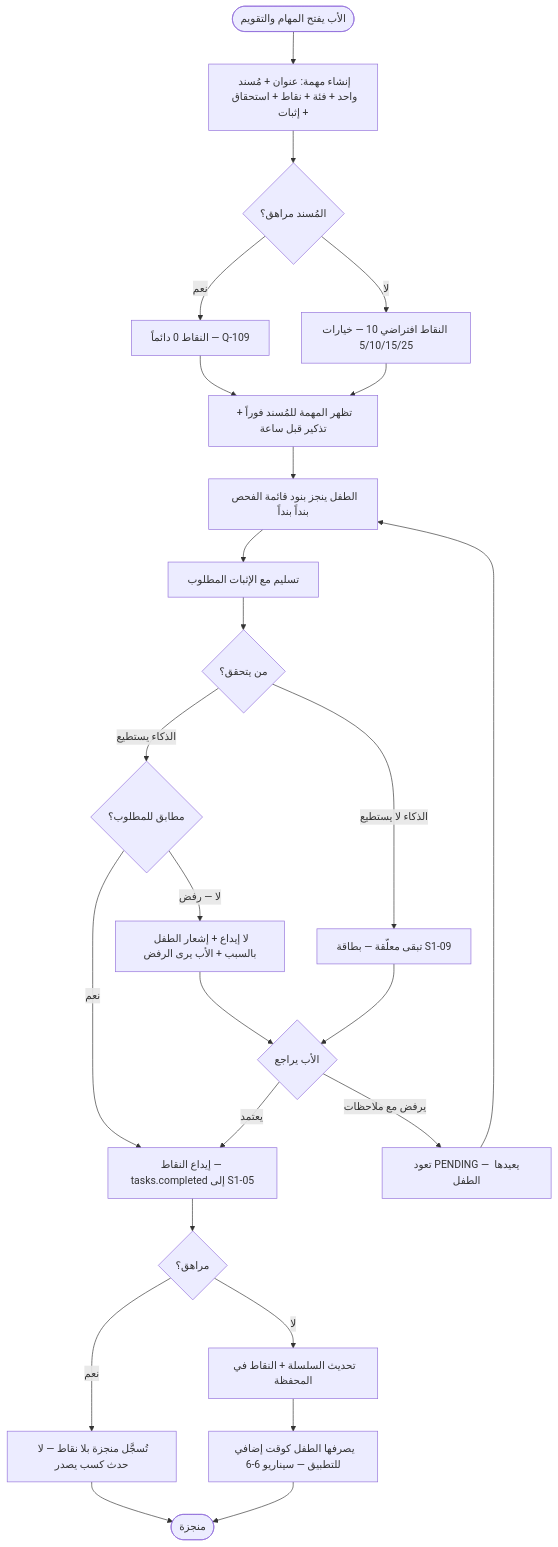
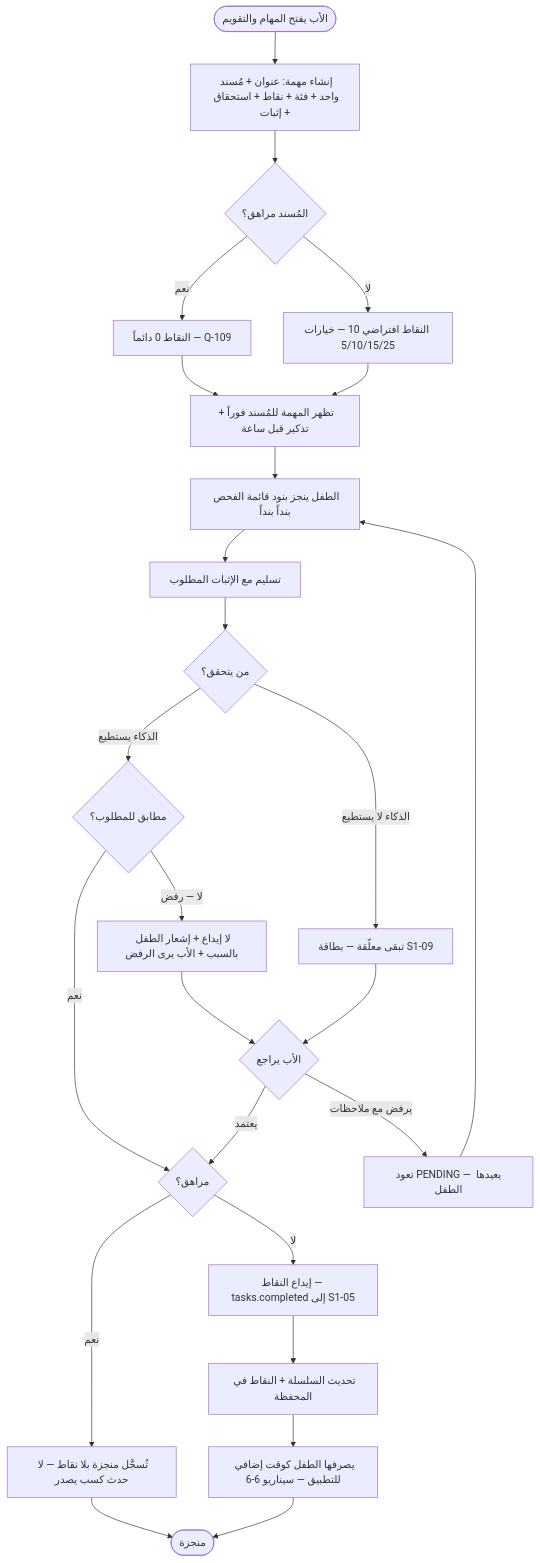
One commit to Bassam-mohammed-alqaeadi/family-os-v2 changed the ninth of 11 diagrams in docs/family-os/governance/phases/phase-1/S1-06-tasks-and-calendar/DIAGRAMS.md. Above: the diagram before and after it, drawn with Mermaid. The commit also changed other lines of this file and 11 other files, not shown here.

````diff
--- a/docs/family-os/governance/phases/phase-1/S1-06-tasks-and-calendar/DIAGRAMS.md
+++ b/docs/family-os/governance/phases/phase-1/S1-06-tasks-and-calendar/DIAGRAMS.md
@@ -312,27 +312,27 @@
 ```mermaid
 flowchart TD
     Start([الأب يفتح المهام والتقويم]) --> Create[إنشاء مهمة: عنوان + مُسند واحد + فئة + نقاط + استحقاق + إثبات]
     Create --> TeenQ{المُسند مراهق؟}
     TeenQ -->|نعم| Zero[النقاط 0 دائماً — Q-109]
     TeenQ -->|لا| Points[النقاط افتراضي 10 — خيارات 5/10/15/25]
     Zero --> Show[تظهر المهمة للمُسند فوراً + تذكير قبل ساعة]
     Points --> Show
     Show --> Do[الطفل ينجز بنود قائمة الفحص بنداً بنداً]
     Do --> Submit[تسليم مع الإثبات المطلوب]
     Submit --> Who{من يتحقق؟}
     Who -->|الذكاء يستطيع| AIOK{مطابق للمطلوب؟}
-    AIOK -->|نعم| Deposit[إيداع النقاط — tasks.completed إلى S1-05]
+    AIOK -->|نعم| TeenCheck{مراهق؟}
     AIOK -->|لا — رفض| Notify[لا إيداع + إشعار الطفل بالسبب + الأب يرى الرفض]
     Who -->|الذكاء لا يستطيع| Pending[تبقى معلّقة — بطاقة S1-09]
     Pending --> FatherRev{الأب يراجع}
-    FatherRev -->|يعتمد| Deposit
+    FatherRev -->|يعتمد| TeenCheck
     FatherRev -->|يرفض مع ملاحظات| Back[تعود PENDING — يعيدها الطفل]
     Back --> Do
     Notify --> FatherRev
-    Deposit --> TeenCheck{مراهق؟}
     TeenCheck -->|نعم| NoEvent[تُسجَّل منجزة بلا نقاط — لا حدث كسب يصدر]
-    TeenCheck -->|لا| Streak[تحديث السلسلة + النقاط في المحفظة]
+    TeenCheck -->|لا| Deposit[إيداع النقاط — tasks.completed إلى S1-05]
+    Deposit --> Streak[تحديث السلسلة + النقاط في المحفظة]
     Streak --> Spend[يصرفها الطفل كوقت إضافي للتطبيق — سيناريو 6-6]
     NoEvent --> End([منجزة])
     Spend --> End
 ```
````
